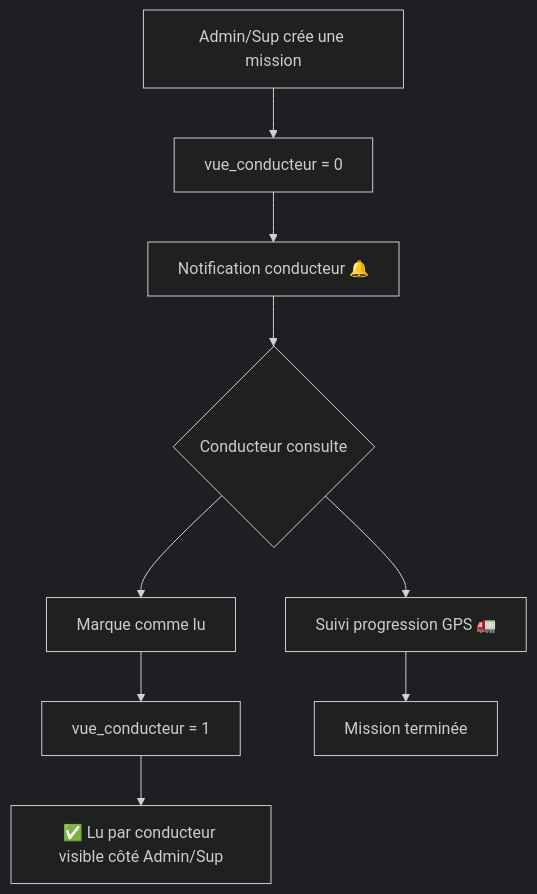
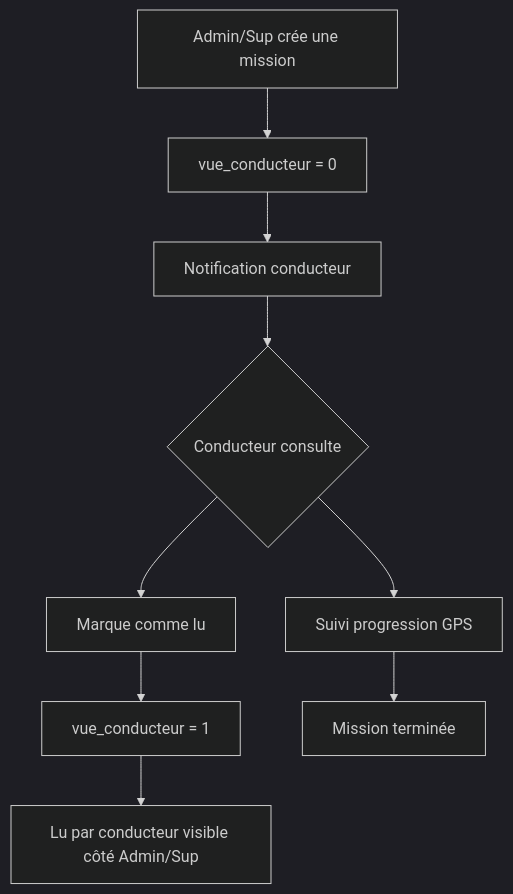
Before and after one commit to mamadoumadioudiallo/Diallo9999: the diagram in README.md, drawn with Mermaid (dark theme). The commit also changed other lines of this file, not shown here.

````diff
--- a/README.md
+++ b/README.md
@@ -141,11 +143,11 @@
 ```mermaid
 graph TD
     A[Admin/Sup crée une mission] --> B[vue_conducteur = 0]
-    B --> C[Notification conducteur 🔔]
+    B --> C[Notification conducteur ]
     C --> D{Conducteur consulte}
     D --> E[Marque comme lu]
     E --> F[vue_conducteur = 1]
-    F --> G[✅ Lu par conducteur visible côté Admin/Sup]
-    D --> H[Suivi progression GPS 🚛]
+    F --> G[ Lu par conducteur visible côté Admin/Sup]
+    D --> H[Suivi progression GPS ]
     H --> I[Mission terminée]
 ```
````
